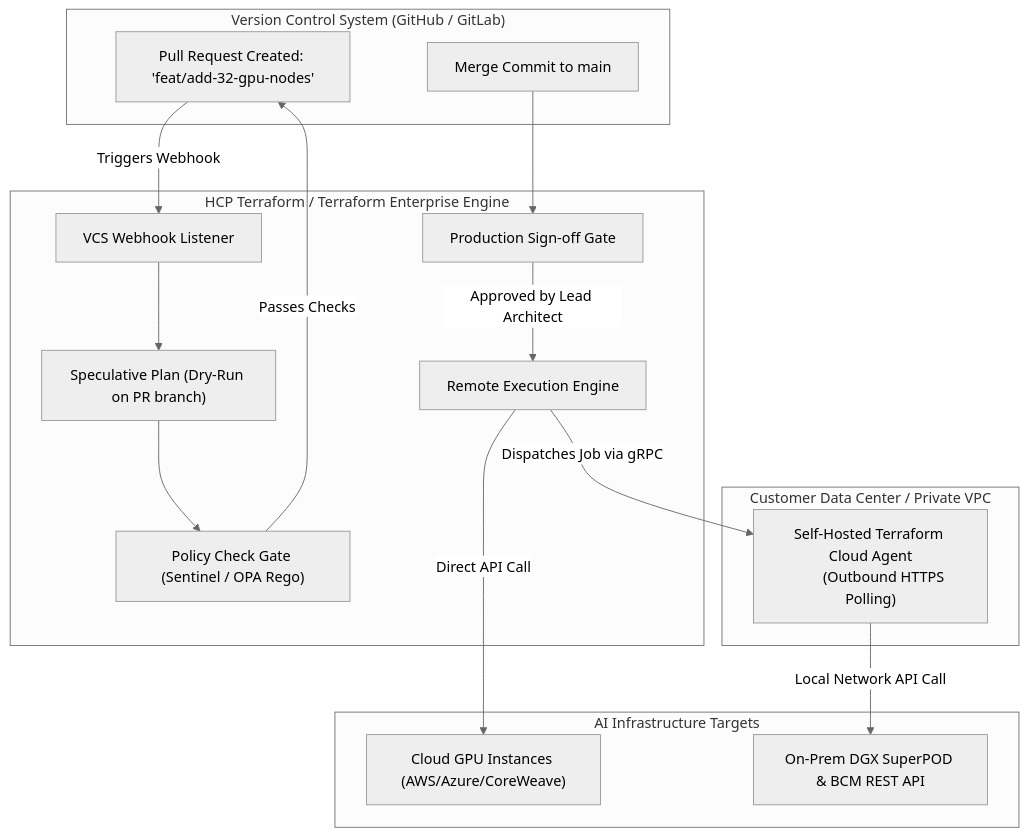
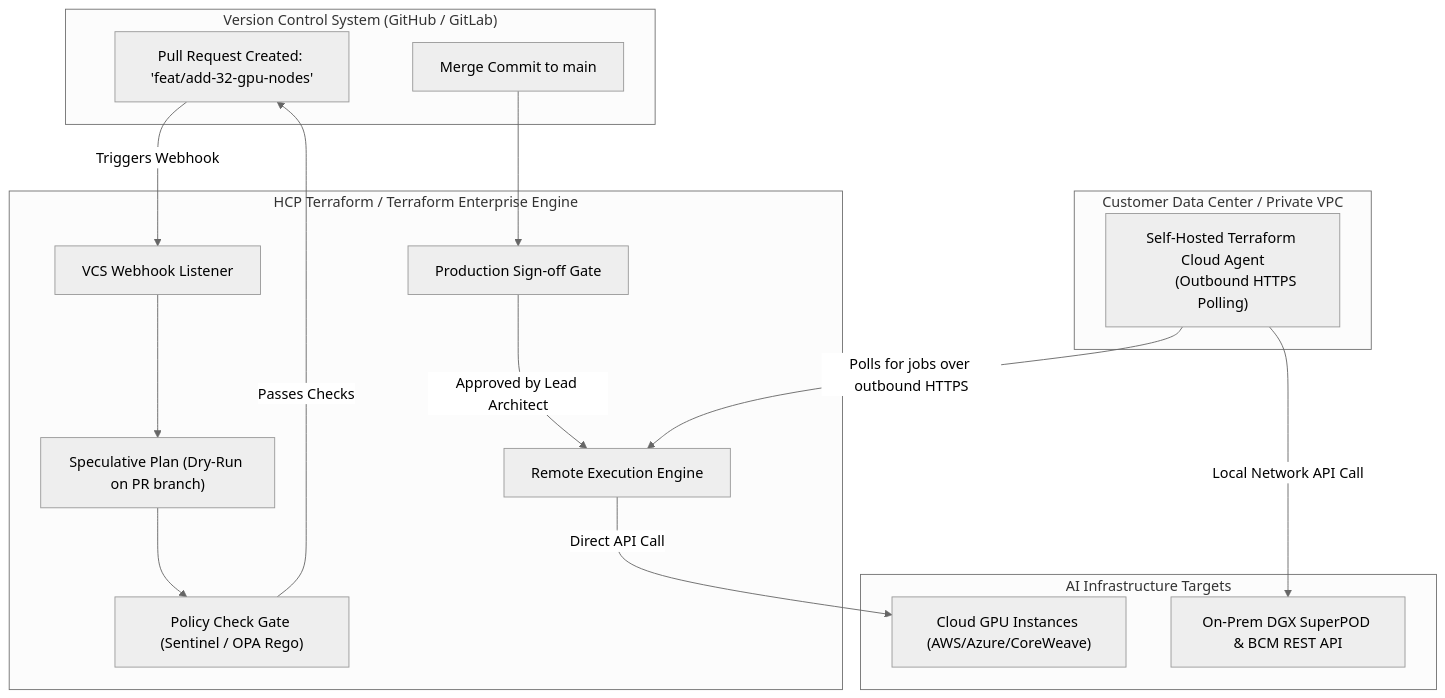
The third of 4 diagrams in docs/volume-10/05-terraform-for-infrastructure-as-code.md (jithinpnjm/nvidia-devops), drawn with Mermaid (neutral theme) before and after one commit. The commit also changed other lines of this file and 289 other files, not shown here.

````diff
--- a/docs/volume-10/05-terraform-for-infrastructure-as-code.md
+++ b/docs/volume-10/05-terraform-for-infrastructure-as-code.md
@@ -731,35 +736,35 @@
 ```mermaid
 flowchart TD
     subgraph VCS["Version Control System (GitHub / GitLab)"]
         PR["Pull Request Created: 'feat/add-32-gpu-nodes'"]
         MERGE["Merge Commit to main"]
     end
 
     subgraph HCP_Terraform["HCP Terraform / Terraform Enterprise Engine"]
         WEBHOOK["VCS Webhook Listener"]
         SPEC_PLAN["Speculative Plan (Dry-Run on PR branch)"]
         POLICY["Policy Check Gate (Sentinel / OPA Rego)"]
         APPLY_GATE["Production Sign-off Gate"]
         RUNNER["Remote Execution Engine"]
     end
 
     subgraph OnPremAgent["Customer Data Center / Private VPC"]
         AGENT["Self-Hosted Terraform Cloud Agent
         (Outbound HTTPS Polling)"]
     end
 
     subgraph Fleet["AI Infrastructure Targets"]
         CLOUD_GPU["Cloud GPU Instances (AWS/Azure/CoreWeave)"]
         SUPERPOD["On-Prem DGX SuperPOD & BCM REST API"]
     end
 
     PR -->|Triggers Webhook| WEBHOOK
     WEBHOOK --> SPEC_PLAN
     SPEC_PLAN --> POLICY
     POLICY -->|Passes Checks| PR
     MERGE --> APPLY_GATE
     APPLY_GATE -->|Approved by Lead Architect| RUNNER
     RUNNER -->|Direct API Call| CLOUD_GPU
-    RUNNER -->|Dispatches Job via gRPC| AGENT
+    AGENT -->|Polls for jobs over outbound HTTPS| RUNNER
     AGENT -->|Local Network API Call| SUPERPOD
 ```
````
